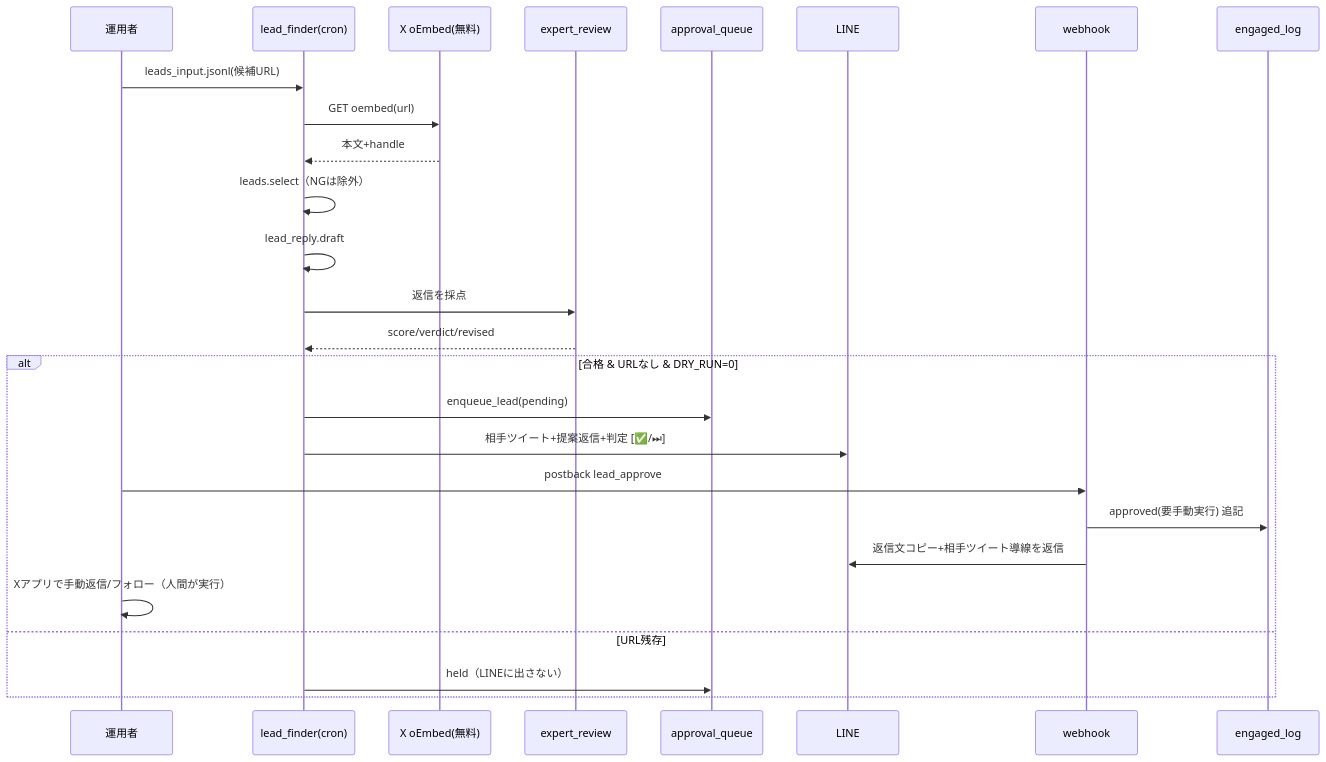
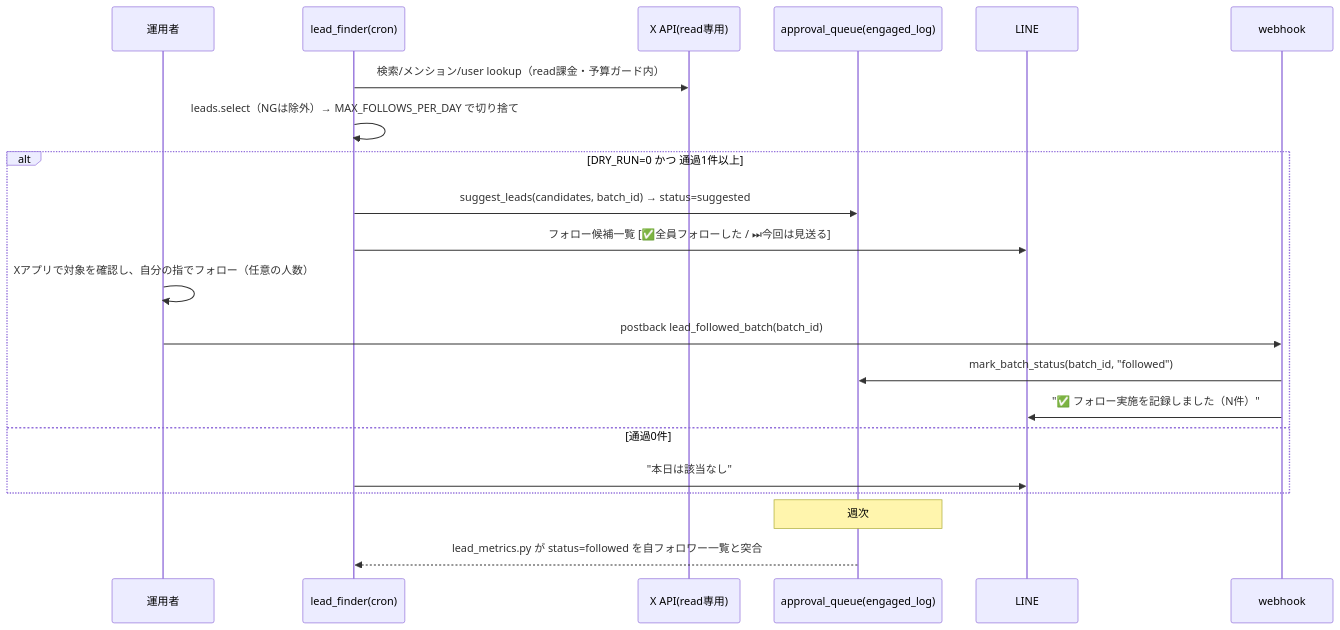
Before and after one commit to maru0814/vocalcoach: the second of 2 diagrams in docs/59_設計書_Xリード獲得半自動化.md, drawn with Mermaid. The commit also changed other lines of this file and 12 other files, not shown here.

````diff
--- a/docs/59_設計書_Xリード獲得半自動化.md
+++ b/docs/59_設計書_Xリード獲得半自動化.md
@@ -157,28 +150,23 @@
 ```mermaid
 sequenceDiagram
   participant OP as 運用者
   participant CF as lead_finder(cron)
-  participant OE as X oEmbed(無料)
-  participant EX as expert_review
-  participant Q as approval_queue
+  participant X as X API(read専用)
+  participant Q as approval_queue(engaged_log)
   participant LN as LINE
   participant WH as webhook
-  participant EL as engaged_log
-  OP->>CF: leads_input.jsonl(候補URL)
-  CF->>OE: GET oembed(url)
-  OE-->>CF: 本文+handle
-  CF->>CF: leads.select（NGは除外）
-  CF->>CF: lead_reply.draft
-  CF->>EX: 返信を採点
-  EX-->>CF: score/verdict/revised
-  alt 合格 & URLなし & DRY_RUN=0
-    CF->>Q: enqueue_lead(pending)
-    CF->>LN: 相手ツイート+提案返信+判定 [✅/⏭]
-    OP->>WH: postback lead_approve
-    WH->>EL: approved(要手動実行) 追記
-    WH->>LN: 返信文コピー+相手ツイート導線を返信
-    OP->>OP: Xアプリで手動返信/フォロー（人間が実行）
-  else URL残存
-    CF->>Q: held（LINEに出さない）
+  CF->>X: 検索/メンション/user lookup（read課金・予算ガード内）
+  CF->>CF: leads.select（NGは除外）→ MAX_FOLLOWS_PER_DAY で切り捨て
+  alt DRY_RUN=0 かつ 通過1件以上
+    CF->>Q: suggest_leads(candidates, batch_id) → status=suggested
+    CF->>LN: フォロー候補一覧 [✅全員フォローした / ⏭今回は見送る]
+    OP->>OP: Xアプリで対象を確認し、自分の指でフォロー（任意の人数）
+    OP->>WH: postback lead_followed_batch(batch_id)
+    WH->>Q: mark_batch_status(batch_id, "followed")
+    WH->>LN: "✅ フォロー実施を記録しました（N件）"
+  else 通過0件
+    CF->>LN: "本日は該当なし"
   end
+  Note over Q: 週次
+  Q-->>CF: lead_metrics.py が status=followed を自フォロワー一覧と突合
 ```
````
